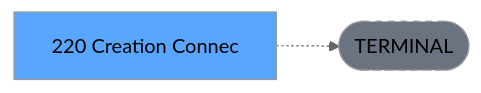
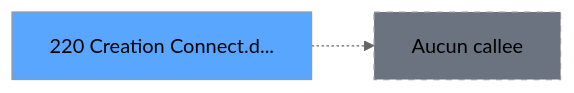
One commit to thonyAGP/magic-migration changed the third of 3 diagrams in .openspec/specs/ADH-IDE-220.md. Above: the diagram before and after it, drawn with Mermaid (neutral theme). The commit also changed other lines of this file and 493 other files, not shown here.

````diff
--- a/.openspec/specs/ADH-IDE-220.md
+++ b/.openspec/specs/ADH-IDE-220.md
@@ -138,8 +129,8 @@
 ```mermaid
 graph LR
-    T[220 Creation Connec]
-    TERM([TERMINAL])
-    T -.-> TERM
-    style TERM fill:#6b7280,stroke-dasharray: 5 5
-    style T fill:#58a6ff,color:#000
+    T220[220 Creation Connect.d...]
+    style T220 fill:#58a6ff
+    NONE[Aucun callee]
+    T220 -.-> NONE
+    style NONE fill:#6b7280,stroke-dasharray: 5 5
 ```
````
